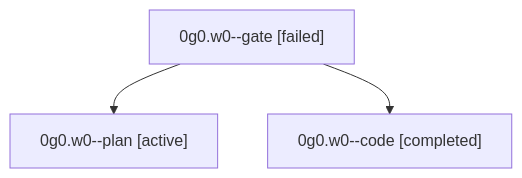
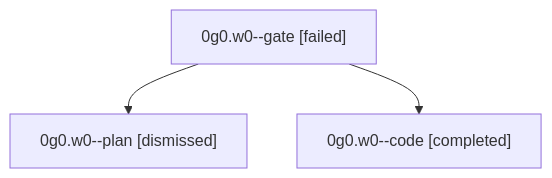
Before and after one commit to sase-org/sase--agents: the diagram in sessions/bbugyi200.athena.0g0.w0.md, drawn with Mermaid. The commit also changed other lines of this file and 37 other files, not shown here.

````diff
--- a/sessions/bbugyi200.athena.0g0.w0.md
+++ b/sessions/bbugyi200.athena.0g0.w0.md
@@ -9,8 +9,8 @@
 ```mermaid
 flowchart TD
   n0["0g0.w0--gate [failed]"]
-  n1["0g0.w0--plan [active]"]
+  n1["0g0.w0--plan [dismissed]"]
   n0 --> n1
   n2["0g0.w0--code [completed]"]
   n0 --> n2
 ```
````
